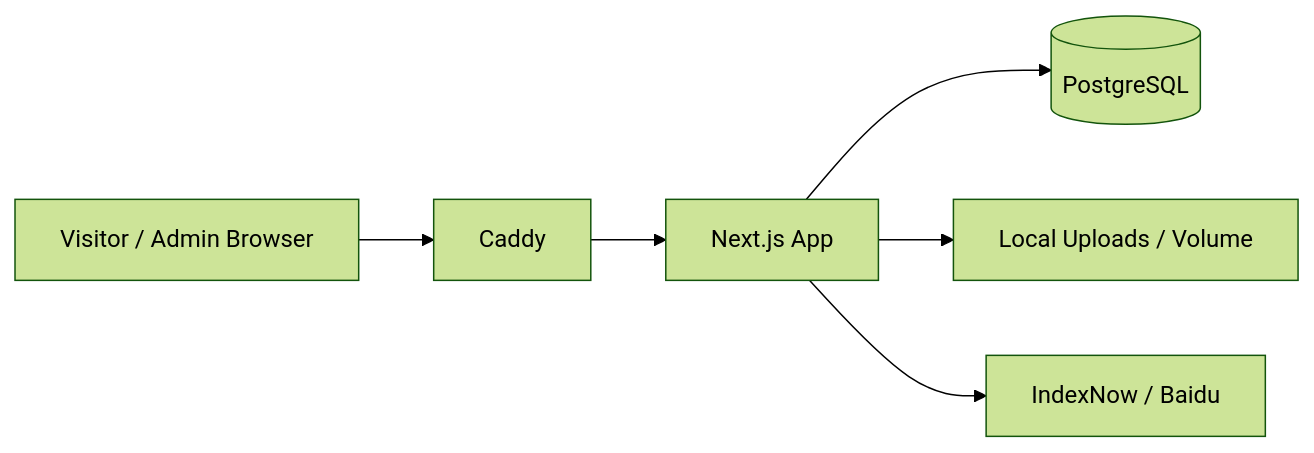
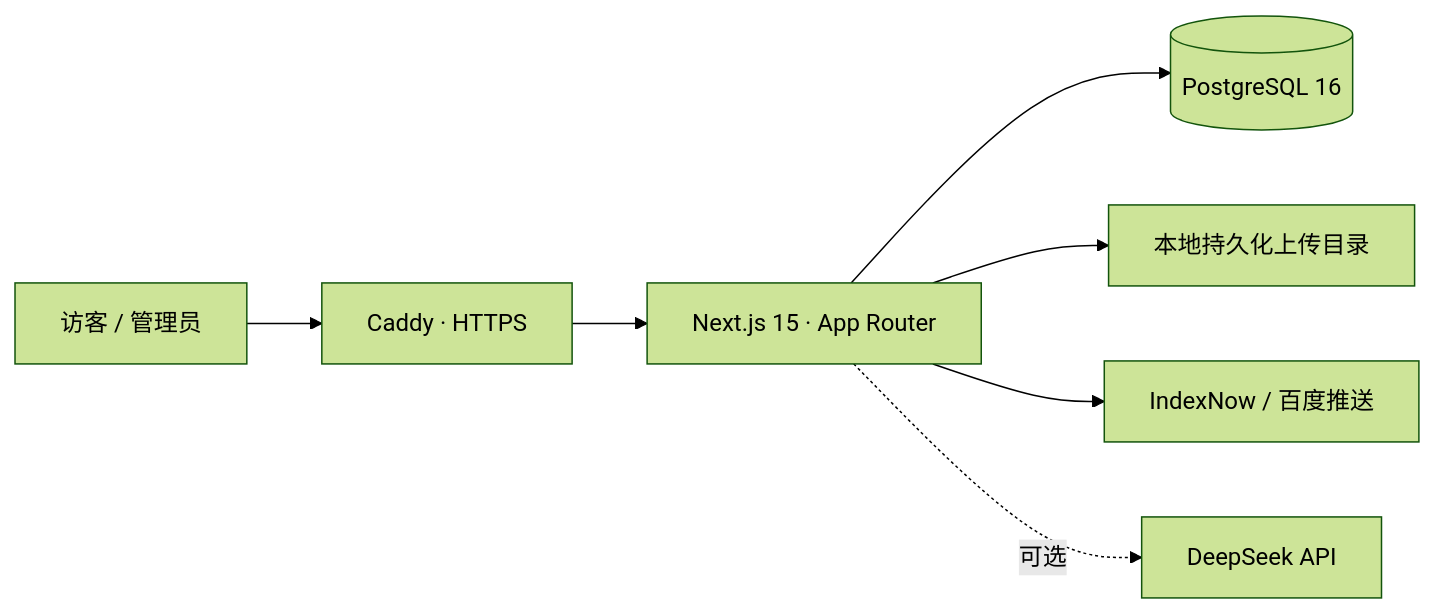
The diagram in README.md (Sunhaiy/suxin-blog), drawn with Mermaid (forest theme) before and after one commit. The commit also changed other lines of this file and 5 other files, not shown here.

````diff
--- a/README.md
+++ b/README.md
@@ -52,8 +51,9 @@
 ```mermaid
 flowchart LR
-  A[Visitor / Admin Browser] --> B[Caddy]
-  B --> C[Next.js App]
-  C --> D[(PostgreSQL)]
-  C --> E[Local Uploads / Volume]
-  C --> F[IndexNow / Baidu]
+  A["访客 / 管理员"] --> B["Caddy · HTTPS"]
+  B --> C["Next.js 15 · App Router"]
+  C --> D[("PostgreSQL 16")]
+  C --> E["本地持久化上传目录"]
+  C --> F["IndexNow / 百度推送"]
+  C -. 可选 .-> G["DeepSeek API"]
 ```
````
